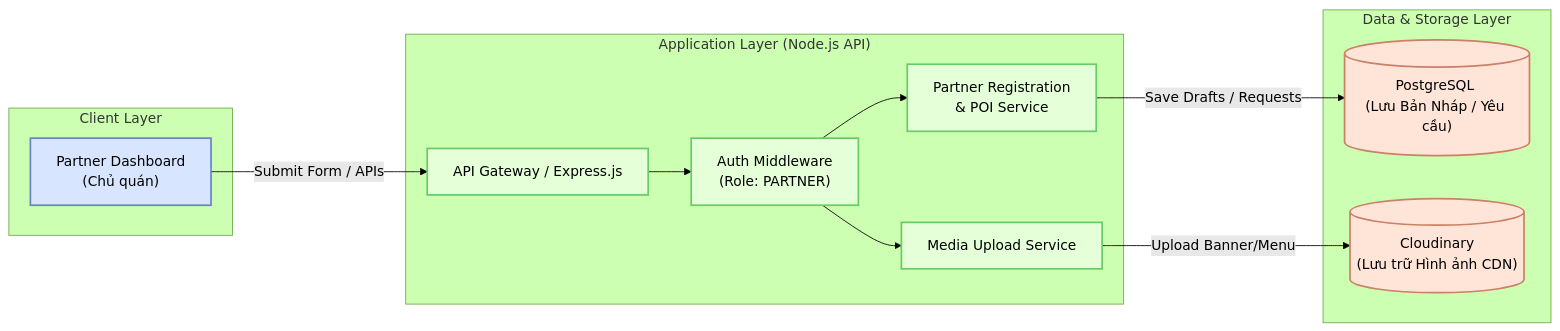
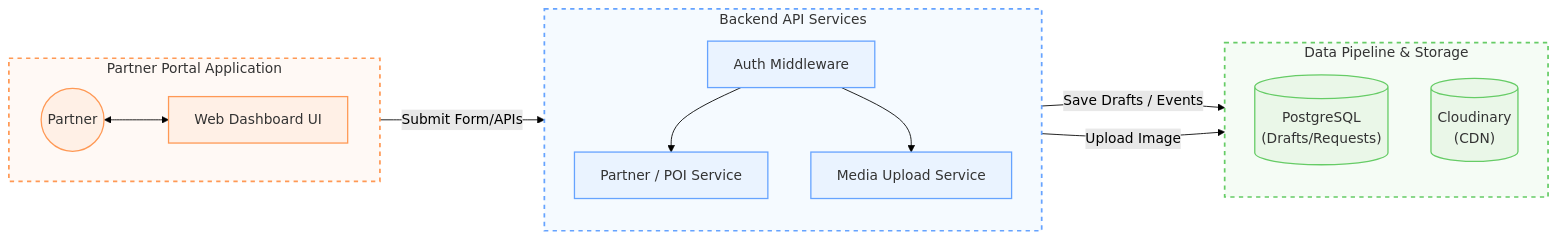
The second of 3 diagrams in docs/diagram-system-architecture-flow.md (ngsouthbrother04/PhoAmThuc), drawn with Mermaid (forest theme) before and after one commit. The commit also changed other lines of this file and 3 other files, not shown here.

Commit message:
adjust diagrams

````diff
--- a/docs/diagram-system-architecture-flow.md
+++ b/docs/diagram-system-architecture-flow.md
@@ -48,35 +63,41 @@
 ```mermaid
 flowchart LR
-    subgraph "Client Layer"
-        P["Partner Dashboard <br>(Chủ quán)"]
+    subgraph Client ["Partner Portal Application"]
+        direction LR
+        P(("Partner")) <--> W["Web Dashboard UI"]
     end
 
-    subgraph "Application Layer (Node.js API)"
-        API["API Gateway / Express.js"]
-        
-        AuthSVC["Auth Middleware <br>(Role: PARTNER)"]
-        PartnerSVC["Partner Registration <br>& POI Service"]
+    subgraph Backend ["Backend API Services"]
+        direction TB
+        AuthSVC["Auth Middleware"]
+        PartnerSVC["Partner / POI Service"]
         UploadSVC["Media Upload Service"]
         
-        API --> AuthSVC
         AuthSVC --> PartnerSVC
         AuthSVC --> UploadSVC
     end
 
-    subgraph "Data & Storage Layer"
-        DB[("PostgreSQL <br>(Lưu Bản Nháp / Yêu cầu)")]
-        Cloudinary[("Cloudinary <br>(Lưu trữ Hình ảnh CDN)")]
+    subgraph DB ["Data Pipeline & Storage"]
+        direction TB
+        PG[("PostgreSQL<br>(Drafts/Requests)")]
+        CDN[("Cloudinary<br>(CDN)")]
     end
 
-    P -- "Submit Form / APIs" --> API
+    W -- "Submit Form/APIs" --> AuthSVC
+
+    PartnerSVC -- "Save Drafts / Events" --> PG
+    UploadSVC -- "Upload Image" --> CDN
+
+    %% Styling
+    classDef client fill:#FFF0E6,stroke:#FF9955,stroke-width:1.5px,color:#333;
+    classDef backend fill:#EAF3FF,stroke:#66A3FF,stroke-width:1.5px,color:#333;
+    classDef database fill:#EAF7E8,stroke:#66CC66,stroke-width:1.5px,color:#333;
+
+    class P,W client;
+    class AuthSVC,PartnerSVC,UploadSVC backend;
+    class PG,CDN database;
     
-    PartnerSVC -- "Save Drafts / Requests" --> DB
-    UploadSVC -- "Upload Banner/Menu" --> Cloudinary
-    
-    classDef client fill:#d8e5ff,stroke:#6685cc,stroke-width:2px
-    classDef app fill:#e5ffd8,stroke:#66cc66,stroke-width:2px
-    classDef db fill:#ffe5d8,stroke:#cc8066,stroke-width:2px
-    class P client
-    class API,AuthSVC,PartnerSVC,UploadSVC app
-    class DB,Cloudinary db
+    style Client fill:#FFF9F5,stroke:#FF9955,stroke-width:2px,color:#333,stroke-dasharray: 5 5
+    style Backend fill:#F5FAFF,stroke:#66A3FF,stroke-width:2px,color:#333,stroke-dasharray: 5 5
+    style DB fill:#F5FCF5,stroke:#66CC66,stroke-width:2px,color:#333,stroke-dasharray: 5 5
 ```
````
